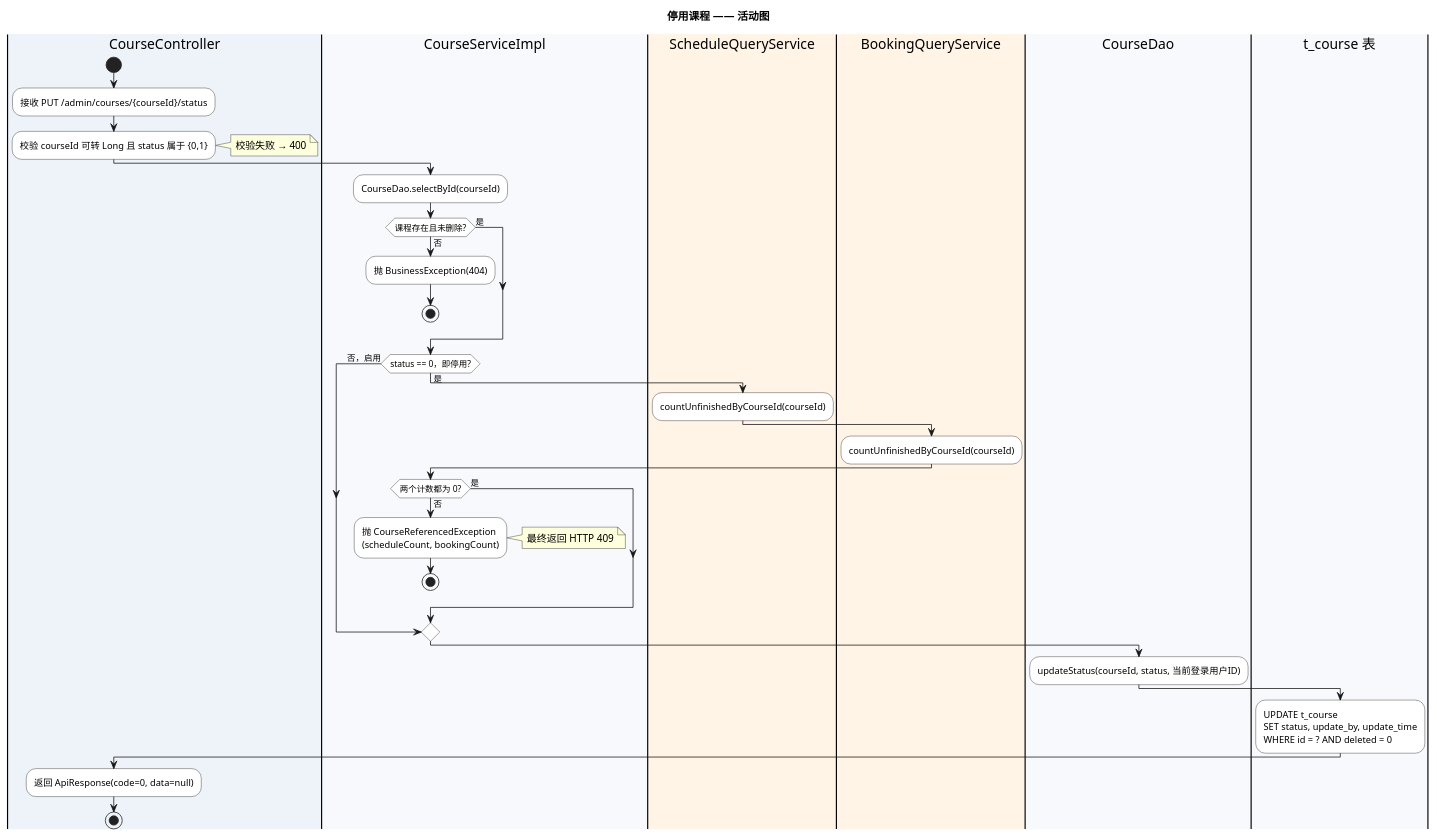
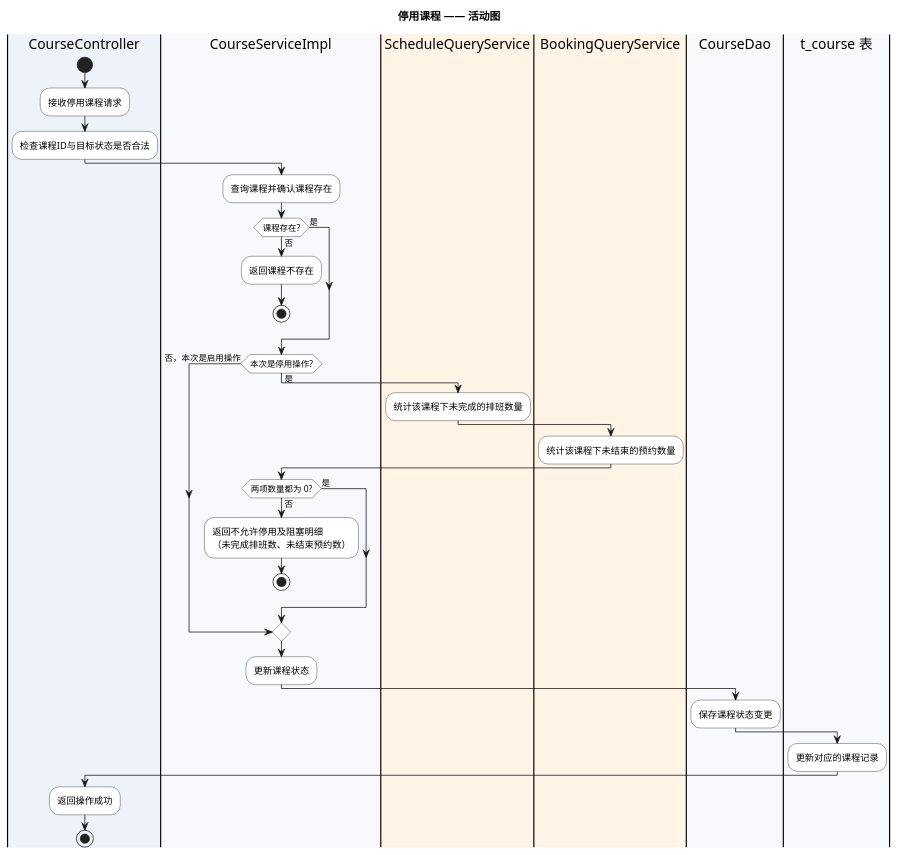
One commit to duo2530/techplant-yoga changed the third of 4 diagrams in docs/详细设计/详细设计.md. Above: the diagram before and after it, drawn with PlantUML. The commit also changed other lines of this file and 1 other file, not shown here.

````diff
--- a/docs/详细设计/详细设计.md
+++ b/docs/详细设计/详细设计.md
@@ -1240,43 +1241,40 @@
 ```plantuml
 @startuml
 title 停用课程 —— 活动图
 skinparam defaultFontName Microsoft YaHei
 skinparam ActivityBackgroundColor #FFFFFF
 |#EEF3FA|CourseController|
 start
-:接收 PUT /admin/courses/{courseId}/status;
-:校验 courseId 可转 Long 且 status 属于 {0,1};
-note right: 校验失败 → 400
+:接收停用课程请求;
+:检查课程ID与目标状态是否合法;
 |#F7F9FC|CourseServiceImpl|
-:CourseDao.selectById(courseId);
-if (课程存在且未删除?) then (否)
-  :抛 BusinessException(404);
+:查询课程并确认课程存在;
+if (课程存在?) then (否)
+  :返回课程不存在;
   stop
 else (是)
 endif
-if (status == 0，即停用?) then (是)
+if (本次是停用操作?) then (是)
   |#FFF4E6|ScheduleQueryService|
-  :countUnfinishedByCourseId(courseId);
+  :统计该课程下未完成的排班数量;
   |#FFF4E6|BookingQueryService|
-  :countUnfinishedByCourseId(courseId);
+  :统计该课程下未结束的预约数量;
   |#F7F9FC|CourseServiceImpl|
-  if (两个计数都为 0?) then (否)
-    :抛 CourseReferencedException
-    (scheduleCount, bookingCount);
-    note right: 最终返回 HTTP 409
+  if (两项数量都为 0?) then (否)
+    :返回不允许停用及阻塞明细
+    （未完成排班数、未结束预约数）;
     stop
   else (是)
   endif
-else (否，启用)
+else (否，本次是启用操作)
 endif
+:更新课程状态;
 |#F7F9FC|CourseDao|
-:updateStatus(courseId, status, 当前登录用户ID);
+:保存课程状态变更;
 |#F7F9FC|t_course 表|
-:UPDATE t_course
-SET status, update_by, update_time
-WHERE id = ? AND deleted = 0;
+:更新对应的课程记录;
 |#EEF3FA|CourseController|
-:返回 ApiResponse(code=0, data=null);
+:返回操作成功;
 stop
 @enduml
 ```
````
